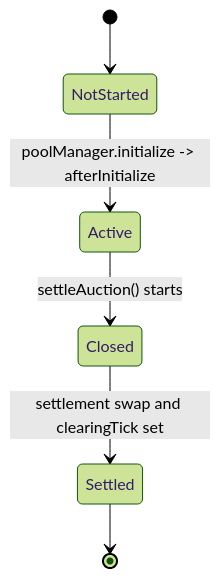
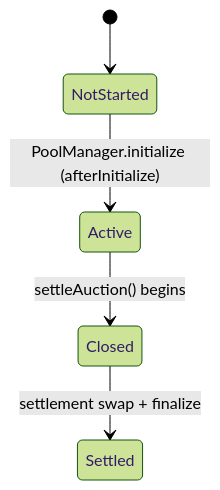
The first of 2 diagrams in docs/OpeningAuctions.md (whetstoneresearch/doppler), drawn with Mermaid (forest theme) before and after one commit. The commit also changed other lines of this file, not shown here.

First line of the commit message:
Update opening auction docs with audit-focused technical spec

````diff
--- a/docs/OpeningAuctions.md
+++ b/docs/OpeningAuctions.md
@@ -146,8 +204,7 @@
 ```mermaid
 stateDiagram-v2
   [*] --> NotStarted
-  NotStarted --> Active: poolManager.initialize -> afterInitialize
-  Active --> Closed: settleAuction() starts
-  Closed --> Settled: settlement swap and clearingTick set
-  Settled --> [*]
+  NotStarted --> Active: PoolManager.initialize (afterInitialize)
+  Active --> Closed: settleAuction() begins
+  Closed --> Settled: settlement swap + finalize
 ```
````
